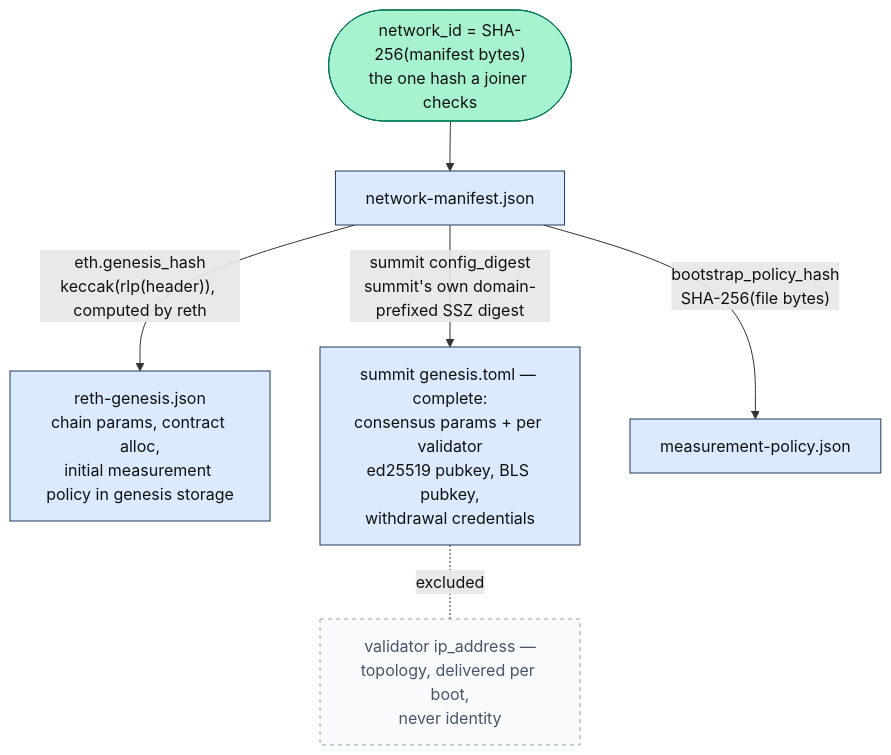
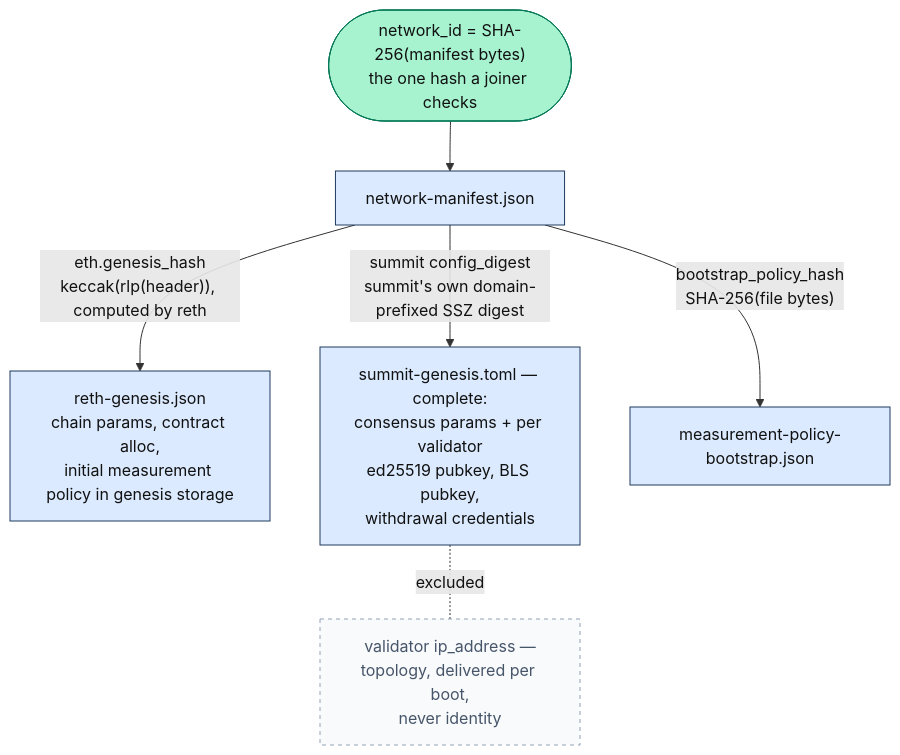
One commit to HusseinAdeiza/seismic changed the third of 3 diagrams in docs/tee/network-founding.md. Above: the diagram before and after it, drawn with Mermaid. The commit also changed other lines of this file and 5 other files, not shown here.

````diff
--- a/docs/tee/network-founding.md
+++ b/docs/tee/network-founding.md
@@ -348,15 +271,15 @@
 ```mermaid
 flowchart TD
     NID(["network_id = SHA-256(manifest bytes)<br/>the one hash a joiner checks"])
     NID --> M["network-manifest.json"]
     M -->|"eth.genesis_hash<br/>keccak(rlp(header)), computed by reth"| RG["reth-genesis.json<br/>chain params, contract alloc,<br/>initial measurement policy in genesis storage"]
-    M -->|"summit config_digest<br/>summit's own domain-prefixed SSZ digest"| SG["summit genesis.toml — complete:<br/>consensus params + per validator<br/>ed25519 pubkey, BLS pubkey,<br/>withdrawal credentials"]
-    M -->|"bootstrap_policy_hash<br/>SHA-256(file bytes)"| MP["measurement-policy.json"]
+    M -->|"summit config_digest<br/>summit's own domain-prefixed SSZ digest"| SG["summit-genesis.toml — complete:<br/>consensus params + per validator<br/>ed25519 pubkey, BLS pubkey,<br/>withdrawal credentials"]
+    M -->|"bootstrap_policy_hash<br/>SHA-256(file bytes)"| MP["measurement-policy-bootstrap.json"]
     SG -.excluded.- IP["validator ip_address —<br/>topology, delivered per boot,<br/>never identity"]
     classDef pinned fill:#dbeafe,stroke:#1e3a5f,color:#111;
     classDef excluded fill:#f8fafc,stroke:#94a3b8,stroke-dasharray:4,color:#475569;
     classDef root fill:#a7f3d0,stroke:#047857,color:#111;
     class M,RG,SG,MP pinned;
     class IP excluded;
     class NID root;
 ```
````
